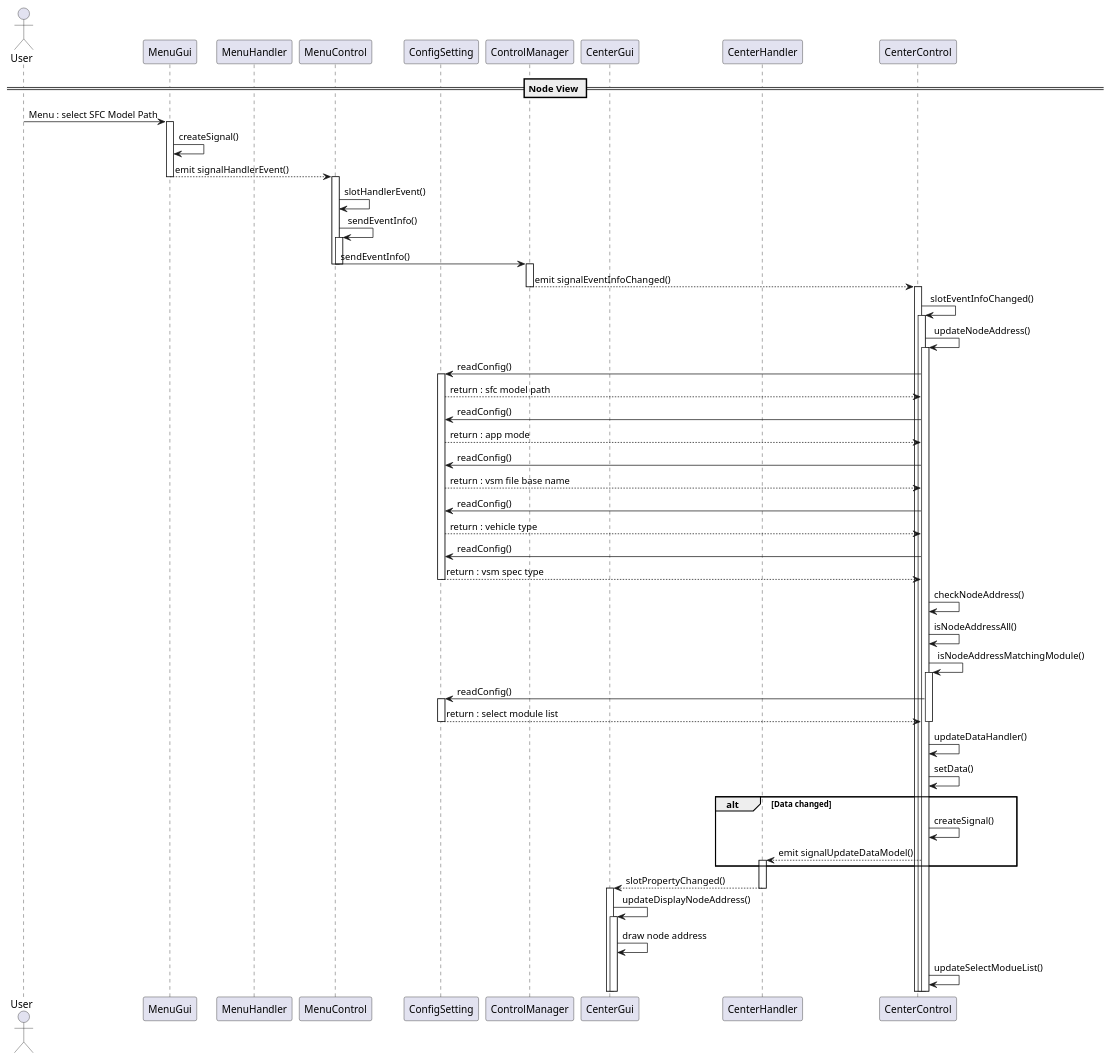
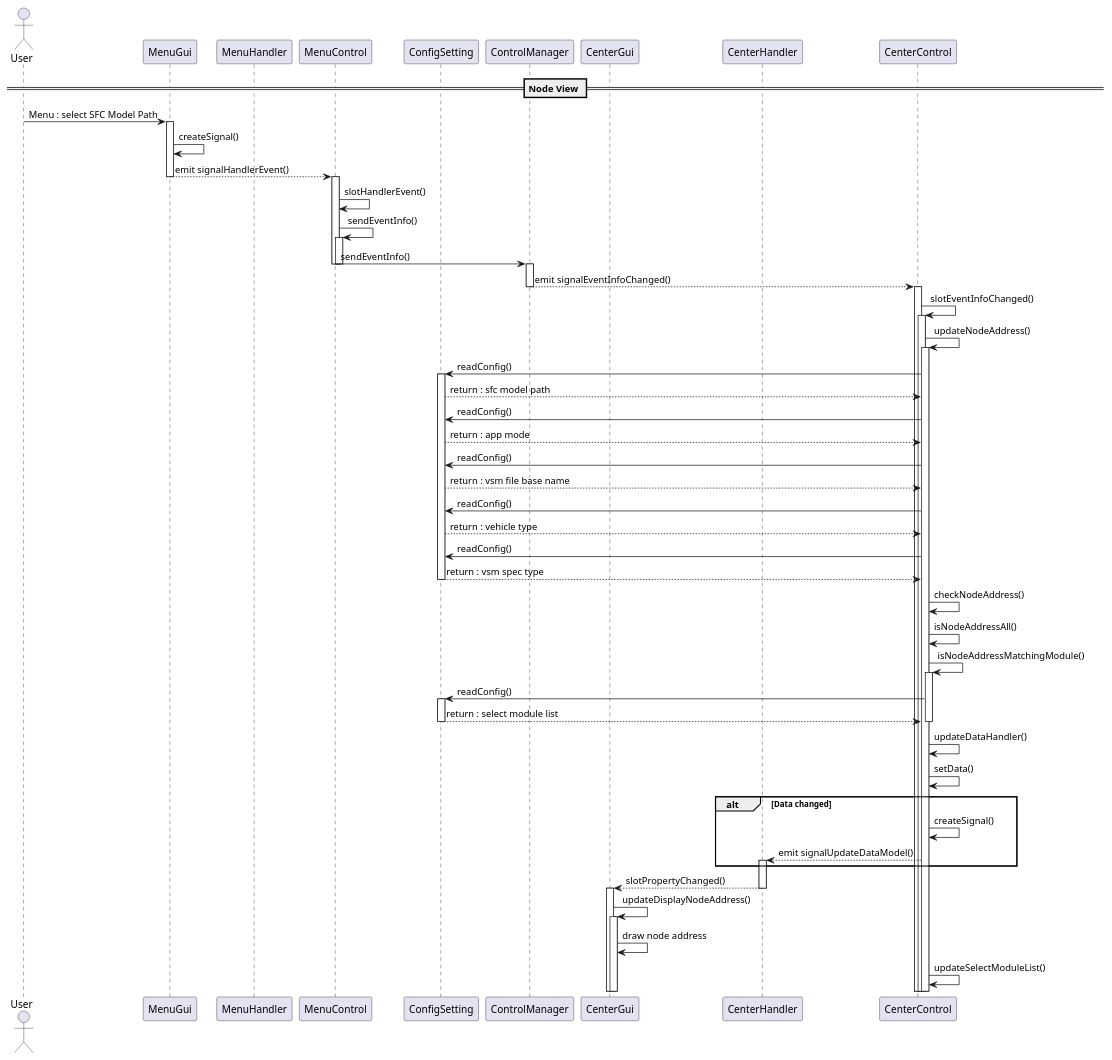
Before and after one commit to rlarudgh1997/Application: the diagram in Diagram/021_Center/SequenceDiagram_Center2.plantuml, drawn with PlantUML. The commit also changed 25 other files, not shown here.

```diff
--- a/Diagram/021_Center/SequenceDiagram_Center2.plantuml
+++ b/Diagram/021_Center/SequenceDiagram_Center2.plantuml
@@ -1,99 +1,99 @@
 @startuml
 
 == Node View ==
 
 actor User order 10
 
 participant MenuGui order 10
 participant MenuHandler order 20
 participant MenuControl order 30
 
 participant ConfigSetting order 40
 ' participant Popup order 50
 participant ControlManager order 60
 
 participant CenterGui order 70
 participant CenterHandler order 80
 participant CenterControl order 90
 
 
 
 User -> MenuGui: Menu : select SFC Model Path
 
 activate MenuGui
     MenuGui -> MenuGui : createSignal()
     MenuGui --> MenuControl : emit signalHandlerEvent()
 deactivate MenuGui
 
 activate MenuControl
     MenuControl -> MenuControl : slotHandlerEvent()
     MenuControl -> MenuControl : sendEventInfo()
     activate MenuControl
         MenuControl -> ControlManager : sendEventInfo()
     deactivate MenuControl
 deactivate MenuControl
 
 
 
 activate ControlManager
     ControlManager --> CenterControl : emit signalEventInfoChanged()
 deactivate ControlManager
 
 activate CenterControl
     CenterControl -> CenterControl : slotEventInfoChanged()
     activate CenterControl
         CenterControl -> CenterControl : updateNodeAddress()
         activate CenterControl
 
     CenterControl -> ConfigSetting : readConfig()
     activate ConfigSetting
         CenterControl <-- ConfigSetting : return : sfc model path
         CenterControl -> ConfigSetting : readConfig()
         CenterControl <-- ConfigSetting : return : app mode
         CenterControl -> ConfigSetting : readConfig()
         CenterControl <-- ConfigSetting : return : vsm file base name
         CenterControl -> ConfigSetting : readConfig()
         CenterControl <-- ConfigSetting : return : vehicle type
         CenterControl -> ConfigSetting : readConfig()
         CenterControl <-- ConfigSetting : return : vsm spec type
     deactivate ConfigSetting
 
     CenterControl -> CenterControl : checkNodeAddress()
     CenterControl -> CenterControl : isNodeAddressAll()
     CenterControl -> CenterControl : isNodeAddressMatchingModule()
     activate CenterControl
         CenterControl -> ConfigSetting : readConfig()
             activate ConfigSetting
                 CenterControl <-- ConfigSetting : return : select module list
             deactivate ConfigSetting
     deactivate CenterControl
 
 
 
 
 
 
         CenterControl -> CenterControl : updateDataHandler()
         CenterControl -> CenterControl : setData()
         alt Data changed
             CenterControl -> CenterControl : createSignal()
             CenterControl --> CenterHandler : emit signalUpdateDataModel()
             activate CenterHandler
 
         end
 
         CenterHandler --> CenterGui : slotPropertyChanged()
         deactivate CenterHandler
 
 activate CenterGui
     CenterGui -> CenterGui : updateDisplayNodeAddress()
     activate CenterGui
         CenterGui -> CenterGui : draw node address
 
 
 
-    CenterControl -> CenterControl : updateSelectModueList()
+    CenterControl -> CenterControl : updateSelectModuleList()
     ' deactivate CenterControl
 ' deactivate CenterControl
 
 @enduml
```
